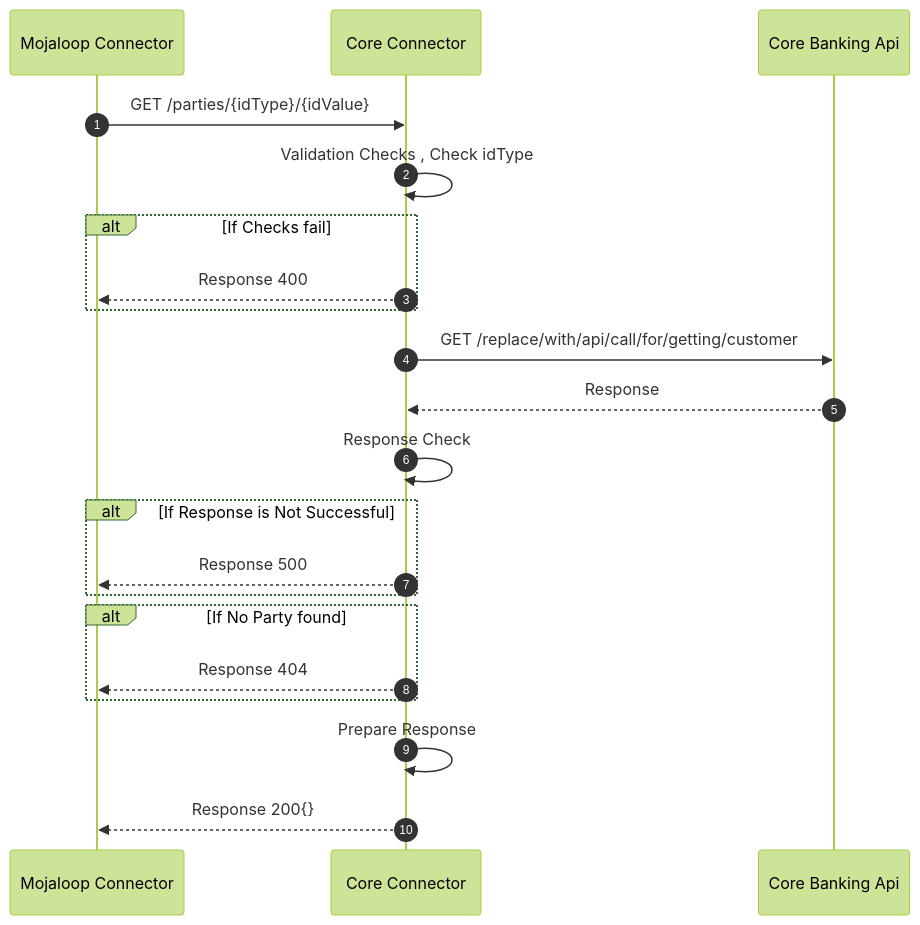
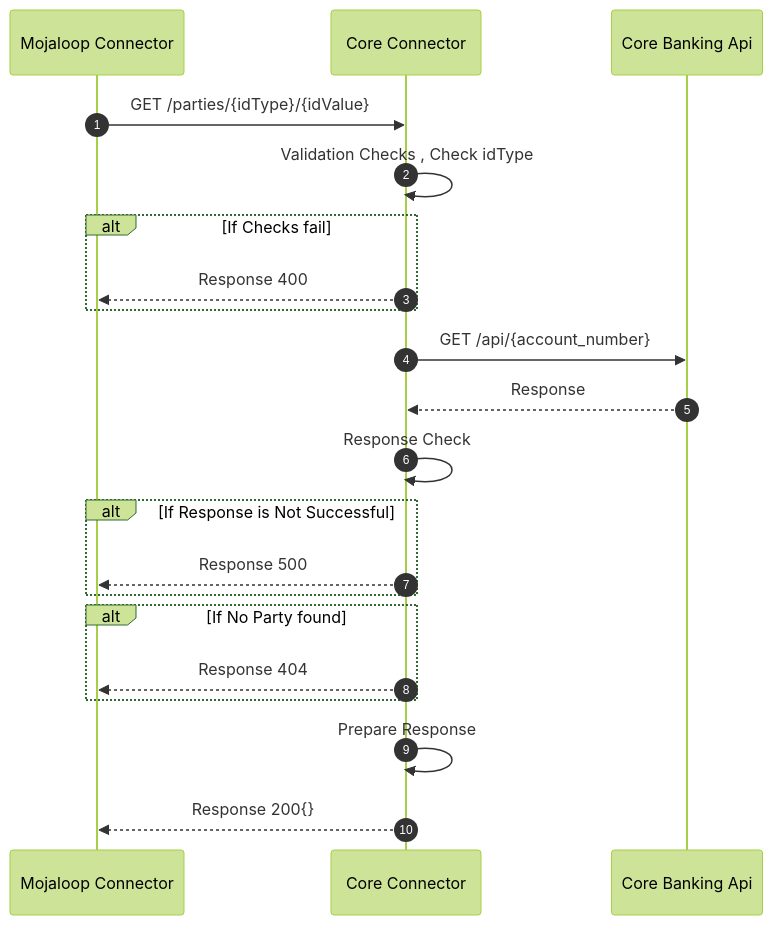
One commit to mojaloop/ml-reference-connectors changed the diagram in national-bank-mw-core-connector/docs/payee-get-parties.md. Above: the diagram before and after it, drawn with Mermaid (forest theme). The commit also changed 5 other files, not shown here.

````diff
--- a/national-bank-mw-core-connector/docs/payee-get-parties.md
+++ b/national-bank-mw-core-connector/docs/payee-get-parties.md
@@ -13,20 +13,20 @@
 ```mermaid
 sequenceDiagram
   autonumber
   Mojaloop Connector->>Core Connector: GET /parties/{idType}/{idValue}
   Core Connector->>Core Connector:Validation Checks , Check idType
   Alt If Checks fail
   Core Connector-->> Mojaloop Connector: Response 400
   End
-  Core Connector->>Core Banking Api:GET /replace/with/api/call/for/getting/customer 
+  Core Connector->>Core Banking Api:GET /api/{account_number} 
   Core Banking Api-->>Core Connector: Response
   Core Connector->>Core Connector:Response Check
   Alt If Response is Not Successful
   Core Connector-->> Mojaloop Connector: Response 500
   End
   Alt If No Party found
   Core Connector-->> Mojaloop Connector: Response 404
   End
   Core Connector->>Core Connector: Prepare Response
   Core Connector-->> Mojaloop Connector: Response 200{}
 ```
````
